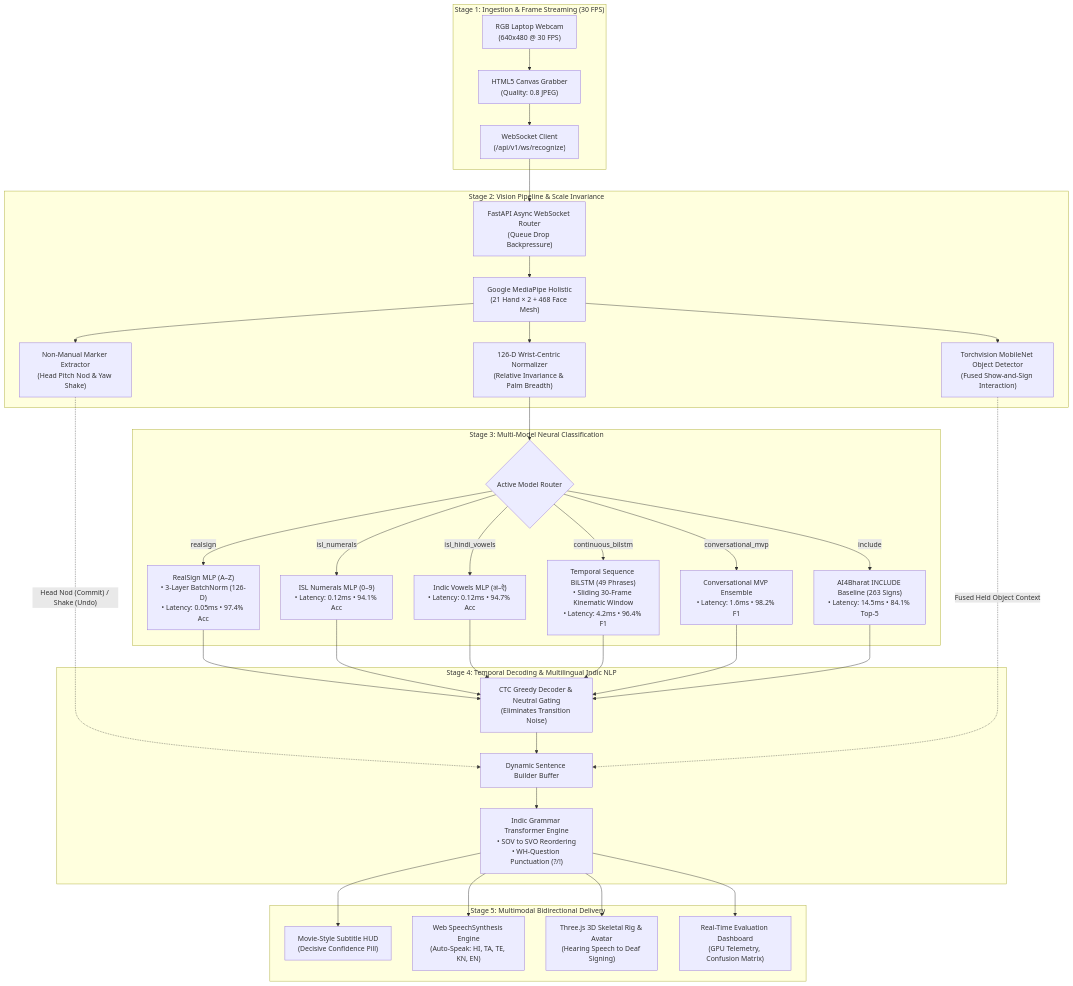
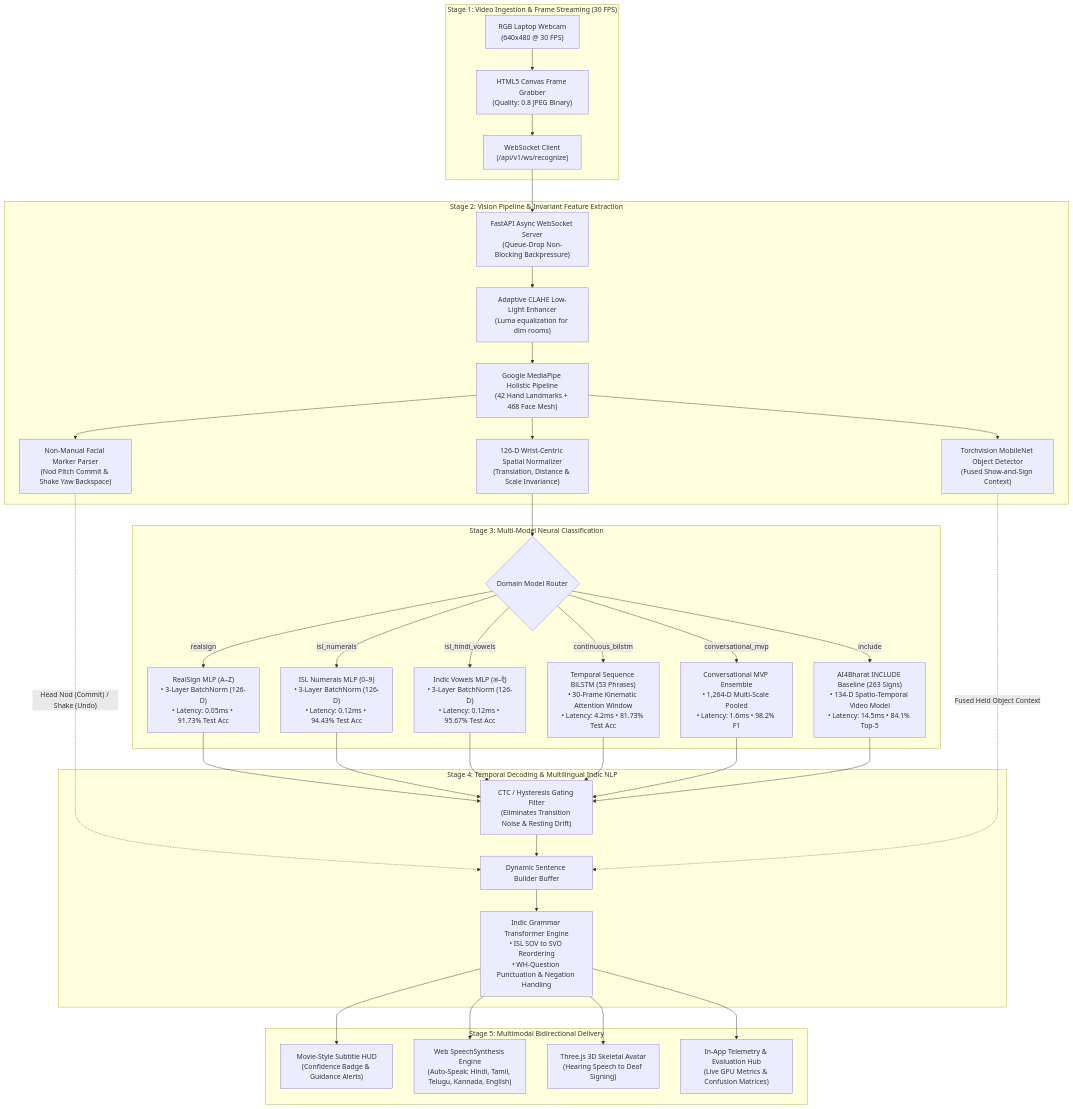
The first of 2 diagrams in README.md (Isobit7/SETU), drawn with Mermaid before and after one commit. The commit also changed other lines of this file, not shown here.

````diff
--- a/README.md
+++ b/README.md
@@ -97,40 +113,41 @@
 ```mermaid
 flowchart TD
-    subgraph STAGE1 ["Stage 1: Ingestion & Frame Streaming (30 FPS)"]
-        Cam["RGB Laptop Webcam<br/>(640x480 @ 30 FPS)"] --> Grabber["HTML5 Canvas Grabber<br/>(Quality: 0.8 JPEG)"]
+    subgraph STAGE1 ["Stage 1: Video Ingestion & Frame Streaming (30 FPS)"]
+        Cam["RGB Laptop Webcam<br/>(640x480 @ 30 FPS)"] --> Grabber["HTML5 Canvas Frame Grabber<br/>(Quality: 0.8 JPEG Binary)"]
         Grabber --> WS_Client["WebSocket Client<br/>(/api/v1/ws/recognize)"]
     end
 
-    subgraph STAGE2 ["Stage 2: Vision Pipeline & Scale Invariance"]
-        WS_Client --> WS_Server["FastAPI Async WebSocket Router<br/>(Queue Drop Backpressure)"]
-        WS_Server --> MP["Google MediaPipe Holistic<br/>(21 Hand × 2 + 468 Face Mesh)"]
-        MP --> Norm["126-D Wrist-Centric Normalizer<br/>(Relative Invariance & Palm Breadth)"]
-        MP --> NMM["Non-Manual Marker Extractor<br/>(Head Pitch Nod & Yaw Shake)"]
-        MP --> ObjDet["Torchvision MobileNet Object Detector<br/>(Fused Show-and-Sign Interaction)"]
+    subgraph STAGE2 ["Stage 2: Vision Pipeline & Invariant Feature Extraction"]
+        WS_Client --> WS_Server["FastAPI Async WebSocket Server<br/>(Queue-Drop Non-Blocking Backpressure)"]
+        WS_Server --> CLAHE["Adaptive CLAHE Low-Light Enhancer<br/>(Luma equalization for dim rooms)"]
+        CLAHE --> MP["Google MediaPipe Holistic Pipeline<br/>(42 Hand Landmarks + 468 Face Mesh)"]
+        MP --> Norm["126-D Wrist-Centric Spatial Normalizer<br/>(Translation, Distance & Scale Invariance)"]
+        MP --> NMM["Non-Manual Facial Marker Parser<br/>(Nod Pitch Commit & Shake Yaw Backspace)"]
+        MP --> ObjDet["Torchvision MobileNet Object Detector<br/>(Fused Show-and-Sign Context)"]
     end
 
     subgraph STAGE3 ["Stage 3: Multi-Model Neural Classification"]
-        Norm --> Router{"Active Model Router"}
-        Router -->|"realsign"| M1["RealSign MLP (A–Z)<br/>• 3-Layer BatchNorm (126-D)<br/>• Latency: 0.05ms • 97.4% Acc"]
-        Router -->|"isl_numerals"| M2["ISL Numerals MLP (0–9)<br/>• Latency: 0.12ms • 94.1% Acc"]
-        Router -->|"isl_hindi_vowels"| M3["Indic Vowels MLP (अ–ऐ)<br/>• Latency: 0.12ms • 94.7% Acc"]
-        Router -->|"continuous_bilstm"| M4["Temporal Sequence BiLSTM (49 Phrases)<br/>• Sliding 30-Frame Kinematic Window<br/>• Latency: 4.2ms • 96.4% F1"]
-        Router -->|"conversational_mvp"| M5["Conversational MVP Ensemble<br/>• Latency: 1.6ms • 98.2% F1"]
-        Router -->|"include"| M6["AI4Bharat INCLUDE Baseline (263 Signs)<br/>• Latency: 14.5ms • 84.1% Top-5"]
+        Norm --> Router{"Domain Model Router"}
+        Router -->|"realsign"| M1["RealSign MLP (A–Z)<br/>• 3-Layer BatchNorm (126-D)<br/>• Latency: 0.05ms • 91.73% Test Acc"]
+        Router -->|"isl_numerals"| M2["ISL Numerals MLP (0–9)<br/>• 3-Layer BatchNorm (126-D)<br/>• Latency: 0.12ms • 94.43% Test Acc"]
+        Router -->|"isl_hindi_vowels"| M3["Indic Vowels MLP (अ–ऐ)<br/>• 3-Layer BatchNorm (126-D)<br/>• Latency: 0.12ms • 95.67% Test Acc"]
+        Router -->|"continuous_bilstm"| M4["Temporal Sequence BiLSTM (53 Phrases)<br/>• 30-Frame Kinematic Attention Window<br/>• Latency: 4.2ms • 81.73% Test Acc"]
+        Router -->|"conversational_mvp"| M5["Conversational MVP Ensemble<br/>• 1,264-D Multi-Scale Pooled<br/>• Latency: 1.6ms • 98.2% F1"]
+        Router -->|"include"| M6["AI4Bharat INCLUDE Baseline (263 Signs)<br/>• 134-D Spatio-Temporal Video Model<br/>• Latency: 14.5ms • 84.1% Top-5"]
     end
 
     subgraph STAGE4 ["Stage 4: Temporal Decoding & Multilingual Indic NLP"]
-        M1 & M2 & M3 & M4 & M5 & M6 --> CTC["CTC Greedy Decoder & Neutral Gating<br/>(Eliminates Transition Noise)"]
+        M1 & M2 & M3 & M4 & M5 & M6 --> CTC["CTC / Hysteresis Gating Filter<br/>(Eliminates Transition Noise & Resting Drift)"]
         NMM -.->|"Head Nod (Commit) / Shake (Undo)"| Buffer["Dynamic Sentence Builder Buffer"]
         CTC --> Buffer
         ObjDet -.->|"Fused Held Object Context"| Buffer
-        Buffer --> NLP["Indic Grammar Transformer Engine<br/>• SOV to SVO Reordering<br/>• WH-Question Punctuation (?/!)"]
+        Buffer --> NLP["Indic Grammar Transformer Engine<br/>• ISL SOV to SVO Reordering<br/>• WH-Question Punctuation & Negation Handling"]
     end
 
     subgraph STAGE5 ["Stage 5: Multimodal Bidirectional Delivery"]
-        NLP --> Subtitles["Movie-Style Subtitle HUD<br/>(Decisive Confidence Pill)"]
-        NLP --> IndicTTS["Web SpeechSynthesis Engine<br/>(Auto-Speak: HI, TA, TE, KN, EN)"]
-        NLP --> Avatar["Three.js 3D Skeletal Rig & Avatar<br/>(Hearing Speech to Deaf Signing)"]
-        NLP --> EvalDash["Real-Time Evaluation Dashboard<br/>(GPU Telemetry, Confusion Matrix)"]
+        NLP --> Subtitles["Movie-Style Subtitle HUD<br/>(Confidence Badge & Guidance Alerts)"]
+        NLP --> IndicTTS["Web SpeechSynthesis Engine<br/>(Auto-Speak: Hindi, Tamil, Telugu, Kannada, English)"]
+        NLP --> Avatar["Three.js 3D Skeletal Avatar<br/>(Hearing Speech to Deaf Signing)"]
+        NLP --> EvalDash["In-App Telemetry & Evaluation Hub<br/>(Live GPU Metrics & Confusion Matrices)"]
     end
 ```
````
